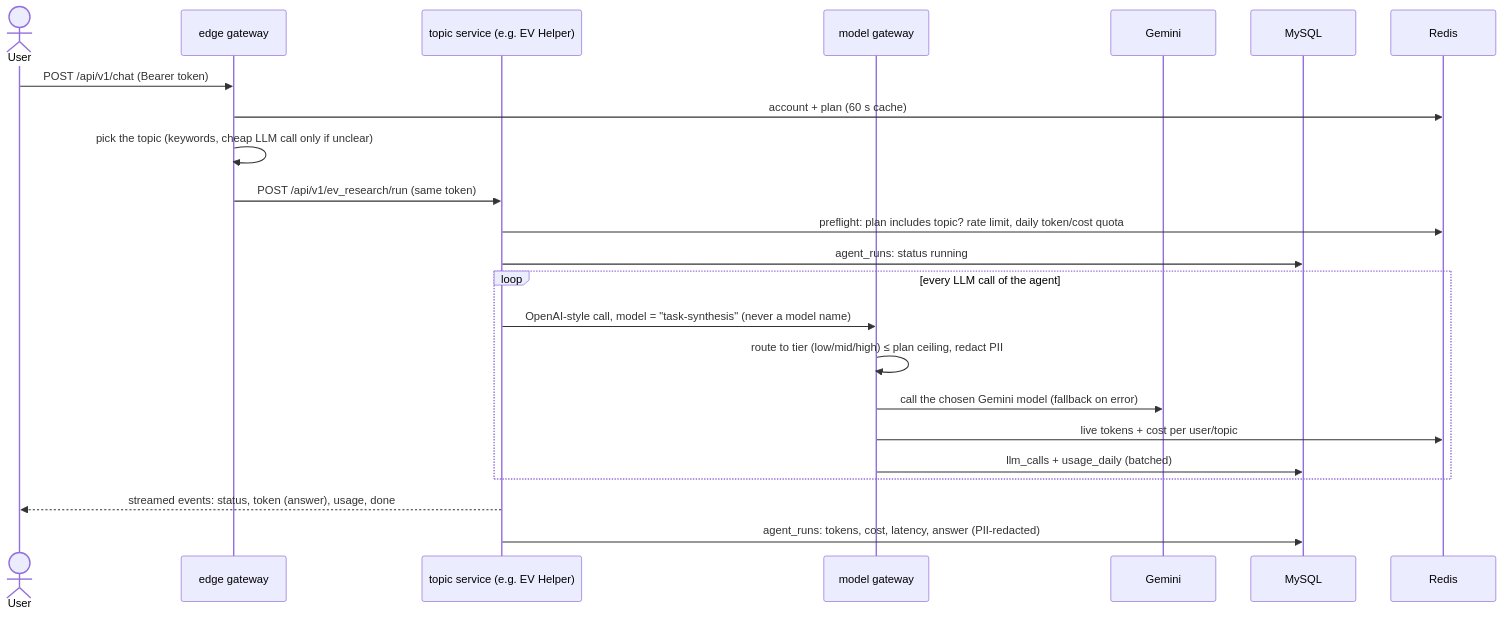
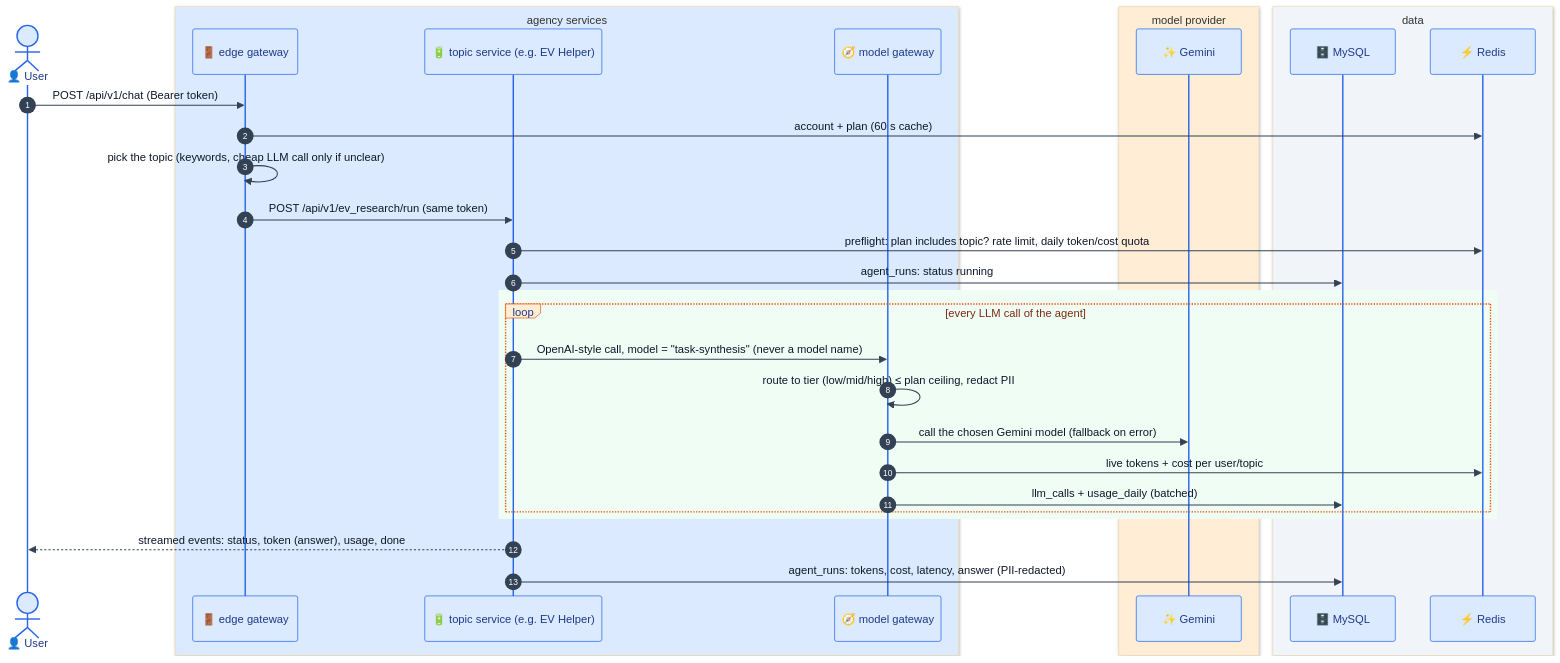
The diagram in docs/architecture.md (Everesto-Inc/agency-backend), drawn with Mermaid before and after one commit. The commit also changed other lines of this file and 9 other files, not shown here.

Commit message:
docs: colour-coded diagrams (roles, grouped sequence), Previous/Next links on every page

````diff
--- a/docs/architecture.md
+++ b/docs/architecture.md
@@ -20,25 +20,35 @@
 ```mermaid
+%%{init: {'theme': 'base', 'themeVariables': {'fontSize': '14px', 'actorBkg': '#dbeafe', 'actorBorder': '#2563eb', 'actorTextColor': '#1e3a8a', 'signalColor': '#334155', 'signalTextColor': '#0f172a', 'noteBkgColor': '#fef3c7', 'noteBorderColor': '#d97706', 'loopTextColor': '#7c2d12', 'labelBoxBkgColor': '#ffedd5', 'labelBoxBorderColor': '#ea580c', 'activationBkgColor': '#e0f2fe', 'sequenceNumberColor': '#ffffff'}}}%%
 sequenceDiagram
-  actor U as User
-  participant E as edge gateway
-  participant T as topic service (e.g. EV Helper)
-  participant G as model gateway
-  participant M as Gemini
-  participant DB as MySQL
-  participant R as Redis
+  autonumber
+  actor U as 👤 User
+  box rgb(219, 234, 254) agency services
+    participant E as 🚪 edge gateway
+    participant T as 🔋 topic service (e.g. EV Helper)
+    participant G as 🧭 model gateway
+  end
+  box rgb(255, 237, 213) model provider
+    participant M as ✨ Gemini
+  end
+  box rgb(241, 245, 249) data
+    participant DB as 🗄️ MySQL
+    participant R as ⚡ Redis
+  end
   U->>E: POST /api/v1/chat (Bearer token)
   E->>R: account + plan (60 s cache)
   E->>E: pick the topic (keywords, cheap LLM call only if unclear)
   E->>T: POST /api/v1/ev_research/run (same token)
   T->>R: preflight: plan includes topic? rate limit, daily token/cost quota
   T->>DB: agent_runs: status running
+  rect rgb(240, 253, 244)
   loop every LLM call of the agent
     T->>G: OpenAI-style call, model = "task-synthesis" (never a model name)
     G->>G: route to tier (low/mid/high) ≤ plan ceiling, redact PII
     G->>M: call the chosen Gemini model (fallback on error)
     G->>R: live tokens + cost per user/topic
     G->>DB: llm_calls + usage_daily (batched)
   end
+  end
   T-->>U: streamed events: status, token (answer), usage, done
   T->>DB: agent_runs: tokens, cost, latency, answer (PII-redacted)
 ```
````
